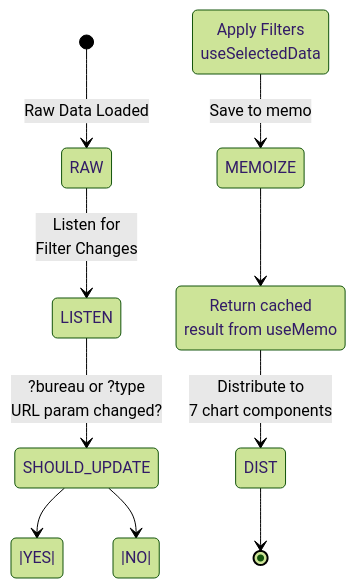
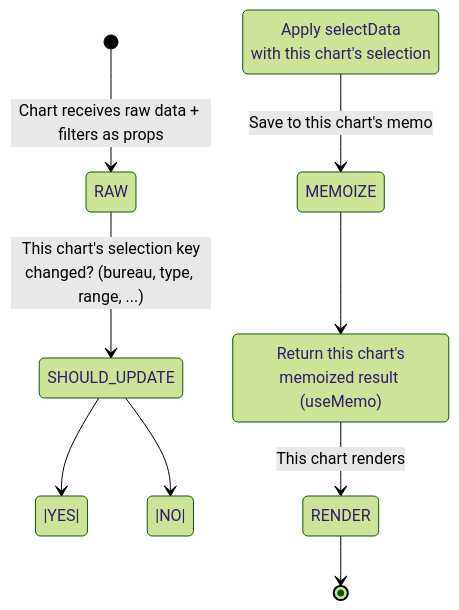
One commit to RetroHazard/JP_Immigration_Dashboard changed the tenth of 16 diagrams in ARCHITECTURE.md. Above: the diagram before and after it, drawn with Mermaid (forest theme). The commit also changed other lines of this file and 4 other files, not shown here.

````diff
--- a/ARCHITECTURE.md
+++ b/ARCHITECTURE.md
@@ -404,17 +410,15 @@
 ```mermaid
 stateDiagram-v2
-    [*] --> RAW: Raw Data Loaded
+    [*] --> RAW: Chart receives raw data + filters as props
 
-    RAW --> LISTEN: Listen for<br/>Filter Changes
+    RAW --> SHOULD_UPDATE: This chart's selection key<br/>changed? (bureau, type, range, ...)
 
-    LISTEN --> SHOULD_UPDATE: ?bureau or ?type<br/>URL param changed?
+    SHOULD_UPDATE --> |YES| FILTER: Apply selectData<br/>with this chart's selection
+    SHOULD_UPDATE --> |NO| CACHE: Return this chart's<br/>memoized result (useMemo)
 
-    SHOULD_UPDATE --> |YES| FILTER: Apply Filters<br/>useSelectedData
-    SHOULD_UPDATE --> |NO| CACHE: Return cached<br/>result from useMemo
-
-    FILTER --> MEMOIZE: Save to memo
+    FILTER --> MEMOIZE: Save to this chart's memo
     MEMOIZE --> CACHE
 
-    CACHE --> DIST: Distribute to<br/>7 chart components
-    DIST --> [*]
+    CACHE --> RENDER: This chart renders
+    RENDER --> [*]
 ```
````
